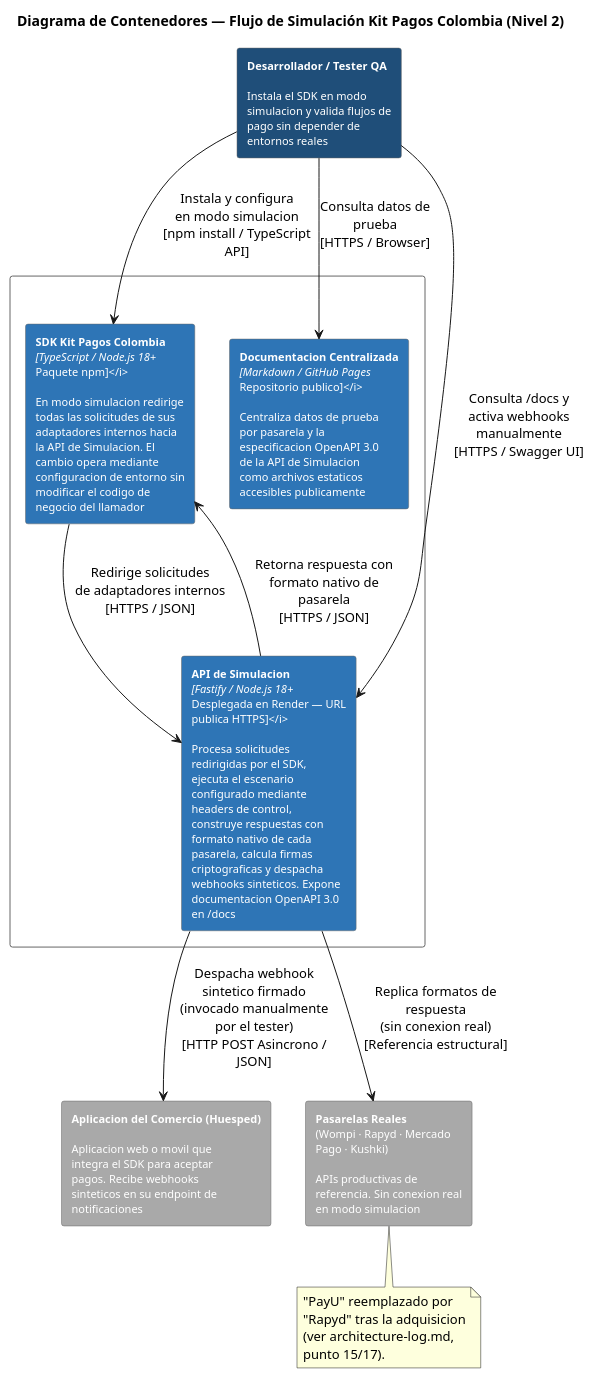
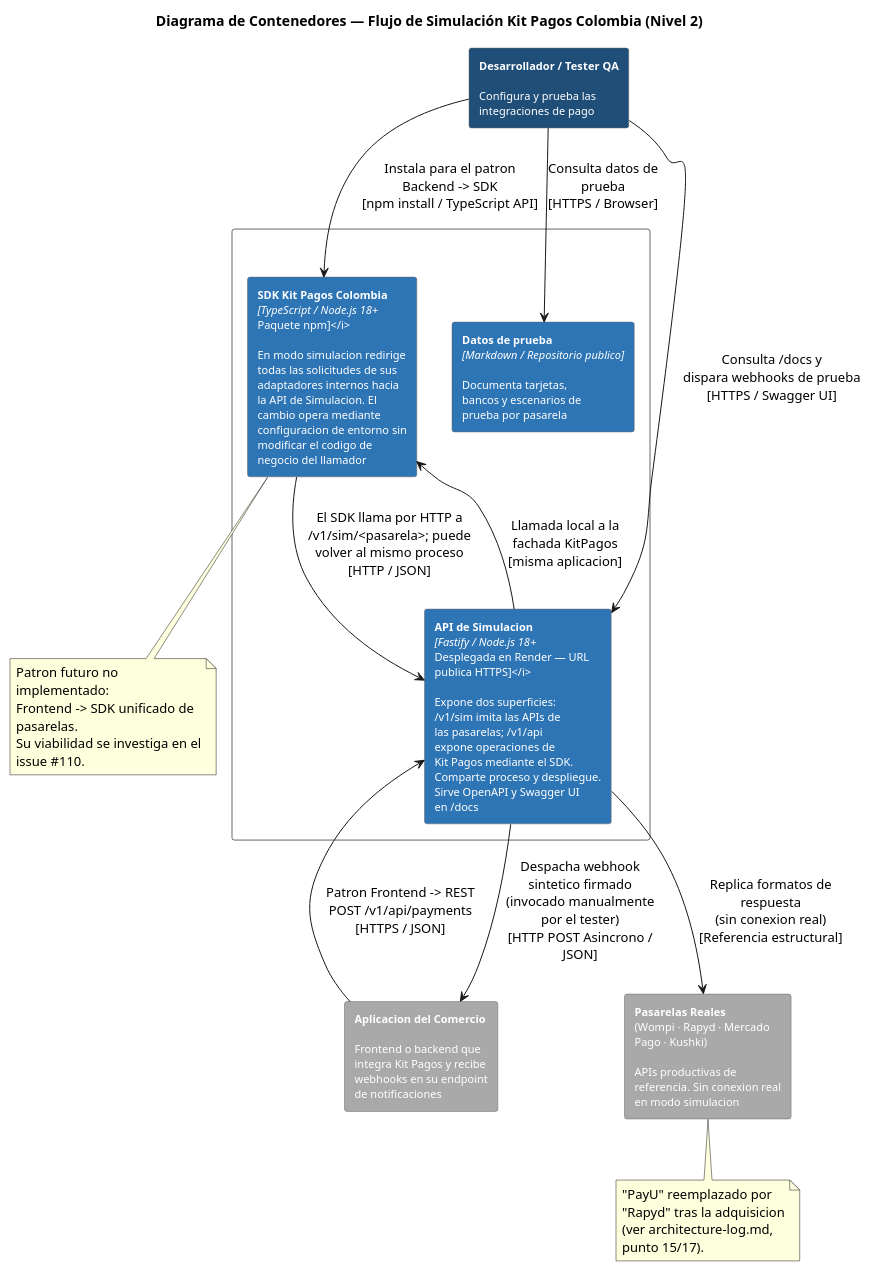
The diagram in docs/architecture/Simulador API/diagrams-source/container-diagram.puml (PurosBrothers/Kit-Pagos-Colombia---Tesis), drawn with PlantUML before and after one commit. The commit also changed 13 other files, not shown here.

Commit message:
docs(docs): document REST architecture and refresh diagrams

```diff
--- a/docs/architecture/Simulador API/diagrams-source/container-diagram.puml
+++ b/docs/architecture/Simulador API/diagrams-source/container-diagram.puml
@@ -1,37 +1,44 @@
 @startuml Container Diagram - Simulador API
 title Diagrama de Contenedores — Flujo de Simulación Kit Pagos Colombia (Nivel 2)
 skinparam backgroundColor white
 skinparam rectangleFontSize 11
 skinparam wrapWidth 190
 skinparam rectangle {
   BorderColor #666666
   ArrowColor #666666
   FontColor white
 }
 
-rectangle "**Desarrollador / Tester QA**\n\nInstala el SDK en modo\nsimulacion y valida flujos de\npago sin depender de\nentornos reales" as Dev #1F4E79
+rectangle "**Desarrollador / Tester QA**\n\nConfigura y prueba las\nintegraciones de pago" as Dev #1F4E79
 
 rectangle "Kit Pagos Colombia\n[system]" as System #FFFFFF {
   rectangle "**SDK Kit Pagos Colombia**\n<i>[TypeScript / Node.js 18+\nPaquete npm]</i>\n\nEn modo simulacion redirige\ntodas las solicitudes de sus\nadaptadores internos hacia\nla API de Simulacion. El\ncambio opera mediante\nconfiguracion de entorno sin\nmodificar el codigo de\nnegocio del llamador" as SDK #2E75B6
-  rectangle "**Documentacion Centralizada**\n<i>[Markdown / GitHub Pages\nRepositorio publico]</i>\n\nCentraliza datos de prueba\npor pasarela y la\nespecificacion OpenAPI 3.0\nde la API de Simulacion\ncomo archivos estaticos\naccesibles publicamente" as Docs #2E75B6
-  rectangle "**API de Simulacion**\n<i>[Fastify / Node.js 18+\nDesplegada en Render — URL\npublica HTTPS]</i>\n\nProcesa solicitudes\nredirigidas por el SDK,\nejecuta el escenario\nconfigurado mediante\nheaders de control,\nconstruye respuestas con\nformato nativo de cada\npasarela, calcula firmas\ncriptograficas y despacha\nwebhooks sinteticos. Expone\ndocumentacion OpenAPI 3.0\nen /docs" as SimAPI #2E75B6
+  rectangle "**Datos de prueba**\n<i>[Markdown / Repositorio publico]</i>\n\nDocumenta tarjetas,\nbancos y escenarios de\nprueba por pasarela" as Docs #2E75B6
+  rectangle "**API de Simulacion**\n<i>[Fastify / Node.js 18+\nDesplegada en Render — URL\npublica HTTPS]</i>\n\nExpone dos superficies:\n/v1/sim imita las APIs de\nlas pasarelas; /v1/api\nexpone operaciones de\nKit Pagos mediante el SDK.\nComparte proceso y despliegue.\nSirve OpenAPI y Swagger UI\nen /docs" as SimAPI #2E75B6
 }
 
-rectangle "**Aplicacion del Comercio (Huesped)**\n\nAplicacion web o movil que\nintegra el SDK para aceptar\npagos. Recibe webhooks\nsinteticos en su endpoint de\nnotificaciones" as Comercio #A9A9A9
+rectangle "**Aplicacion del Comercio**\n\nFrontend o backend que\nintegra Kit Pagos y recibe\nwebhooks en su endpoint\nde notificaciones" as Comercio #A9A9A9
 rectangle "**Pasarelas Reales**\n(Wompi · Rapyd · Mercado\nPago · Kushki)\n\nAPIs productivas de\nreferencia. Sin conexion real\nen modo simulacion" as Pasarelas #A9A9A9
 
-Dev --> SDK : Instala y configura\nen modo simulacion\n[npm install / TypeScript\nAPI]
+Dev --> SDK : Instala para el patron\nBackend -> SDK\n[npm install / TypeScript API]
 Dev --> Docs : Consulta datos de\nprueba\n[HTTPS / Browser]
-Dev --> SimAPI : Consulta /docs y\nactiva webhooks\nmanualmente\n[HTTPS / Swagger UI]
+Dev --> SimAPI : Consulta /docs y\ndispara webhooks de prueba\n[HTTPS / Swagger UI]
 
-SDK --> SimAPI : Redirige solicitudes\nde adaptadores internos\n[HTTPS / JSON]
-SimAPI --> SDK : Retorna respuesta con\nformato nativo de\npasarela\n[HTTPS / JSON]
+Comercio --> SimAPI : Patron Frontend -> REST\nPOST /v1/api/payments\n[HTTPS / JSON]
+SimAPI --> SDK : Llamada local a la\nfachada KitPagos\n[misma aplicacion]
+SDK --> SimAPI : El SDK llama por HTTP a\n/v1/sim/<pasarela>; puede\nvolver al mismo proceso\n[HTTP / JSON]
 SimAPI --> Comercio : Despacha webhook\nsintetico firmado\n(invocado manualmente\npor el tester)\n[HTTP POST Asincrono /\nJSON]
 SimAPI --> Pasarelas : Replica formatos de\nrespuesta\n(sin conexion real)\n[Referencia estructural]
 
 note bottom of Pasarelas
   "PayU" reemplazado por "Rapyd" tras la adquisicion
   (ver architecture-log.md, punto 15/17).
 end note
 
+note bottom of SDK
+  Patron futuro no implementado:
+  Frontend -> SDK unificado de pasarelas.
+  Su viabilidad se investiga en el issue #110.
+end note
+
 @enduml
```
